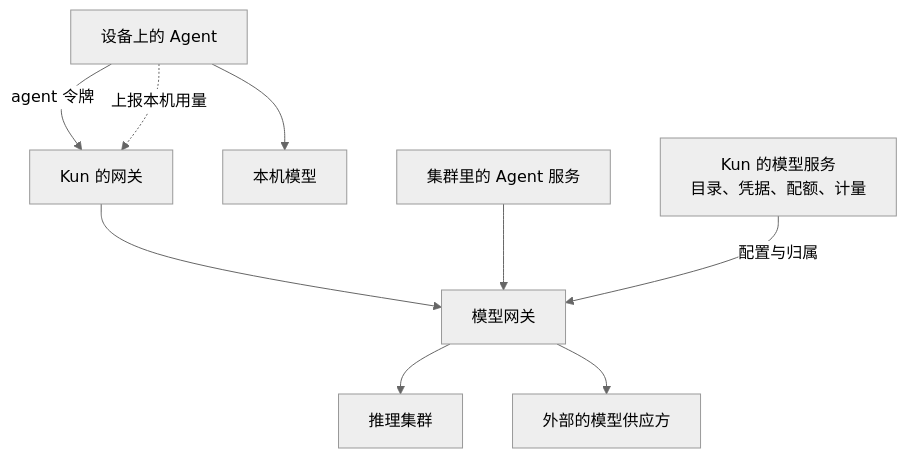
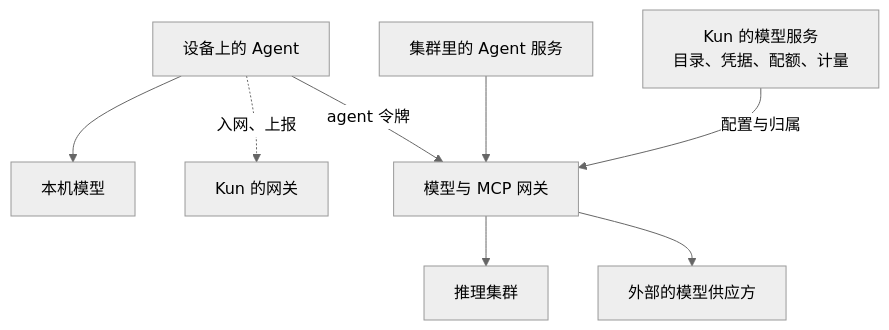
The diagram in docs/agent-support.md (CavaiLAB/kun), drawn with Mermaid (neutral theme) before and after one commit. The commit also changed other lines of this file and 1 other file, not shown here.

````diff
--- a/docs/agent-support.md
+++ b/docs/agent-support.md
@@ -76,20 +78,19 @@
 ```mermaid
 flowchart TB
   SVC["集群里的 Agent 服务"]
   DEV["设备上的 Agent"]
   LM["本机模型"]
   GW["Kun 的网关"]
   MS["Kun 的模型服务<br/>目录、凭据、配额、计量"]
-  MG["模型网关"]
+  MG["模型与 MCP 网关"]
   INF["推理集群"]
   EXT["外部的模型供应方"]
 
   DEV --> LM
-  DEV -->|"agent 令牌"| GW
-  DEV -.->|"上报本机用量"| GW
-  GW --> MG
+  DEV -->|"agent 令牌"| MG
+  DEV -.->|"入网、上报"| GW
   SVC --> MG
   MS -->|"配置与归属"| MG
   MG --> INF
   MG --> EXT
 ```
````
